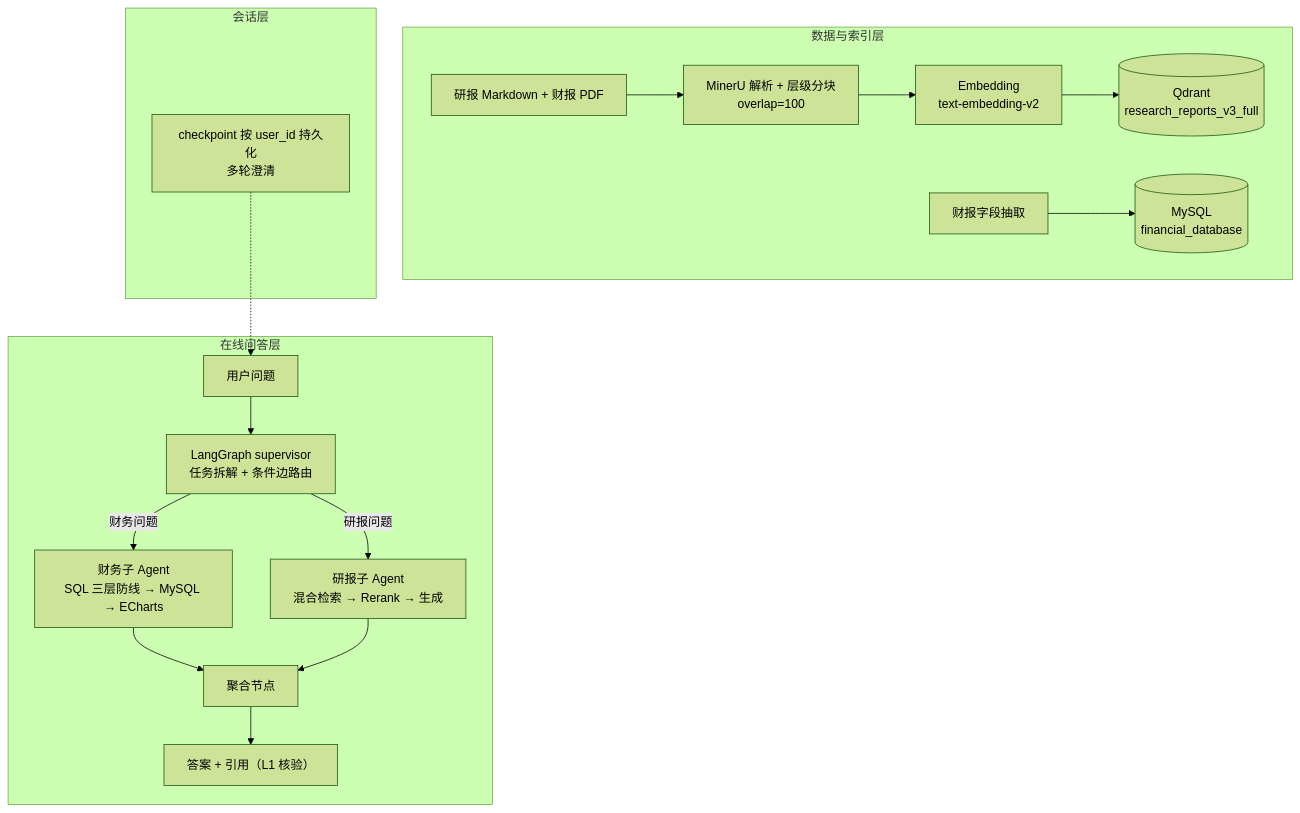
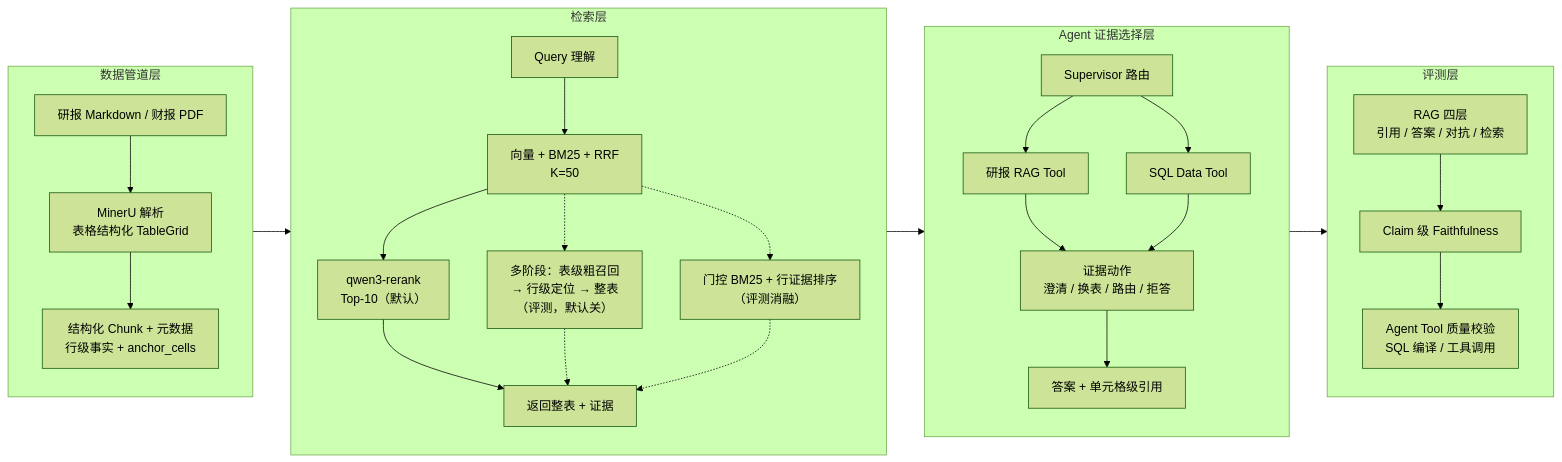
One commit to autumnieave/smart-financial-qa changed the diagram in README.md. Above: the diagram before and after it, drawn with Mermaid (forest theme). The commit also changed other lines of this file and 110 other files, not shown here.

````diff
--- a/README.md
+++ b/README.md
@@ -45,22 +23,32 @@
 ```mermaid
-flowchart TD
-    subgraph DATA["数据与索引层"]
-        A["研报 Markdown + 财报 PDF"] --> B["MinerU 解析 + 层级分块\noverlap=100"]
-        B --> C["Embedding\ntext-embedding-v2"]
-        C --> D[("Qdrant\nresearch_reports_v3_full")]
-        E["财报字段抽取"] --> F[("MySQL\nfinancial_database")]
+flowchart LR
+    subgraph D[数据管道层]
+        D1["研报 Markdown / 财报 PDF"] --> D2["MinerU 解析<br/>表格结构化 TableGrid"]
+        D2 --> D3["结构化 Chunk + 元数据<br/>行级事实 + anchor_cells"]
     end
 
-    subgraph ONLINE["在线问答层"]
-        Q["用户问题"] --> S["LangGraph supervisor\n任务拆解 + 条件边路由"]
-        S -->|"财务问题"| T1["财务子 Agent\nSQL 三层防线 → MySQL → ECharts"]
-        S -->|"研报问题"| T2["研报子 Agent\n混合检索 → Rerank → 生成"]
-        T1 --> AGG["聚合节点"]
-        T2 --> AGG
-        AGG --> R["答案 + 引用（L1 核验）"]
+    subgraph R[检索层]
+        R1["Query 理解"] --> R2["向量 + BM25 + RRF<br/>K=50"]
+        R2 --> R3["qwen3-rerank<br/>Top-10（默认）"]
+        R2 -.-> R3B["多阶段：表级粗召回<br/>→ 行级定位 → 整表<br/>（评测，默认关）"]
+        R2 -.-> R3C["门控 BM25 + 行证据排序<br/>（评测消融）"]
+        R3 --> R4["返回整表 + 证据"]
+        R3B -.-> R4
+        R3C -.-> R4
     end
 
-    subgraph MEM["会话层"]
-        M["checkpoint 按 user_id 持久化\n多轮澄清"] -.-> Q
+    subgraph A[Agent 证据选择层]
+        A1["Supervisor 路由"] --> A2["研报 RAG Tool"]
+        A1 --> A3["SQL Data Tool"]
+        A2 --> A4["证据动作<br/>澄清 / 换表 / 路由 / 拒答"]
+        A3 --> A4
+        A4 --> A5["答案 + 单元格级引用"]
     end
+
+    subgraph E[评测层]
+        E1["RAG 四层<br/>引用 / 答案 / 对抗 / 检索"] --> E2["Claim 级 Faithfulness"]
+        E2 --> E3["Agent Tool 质量校验<br/>SQL 编译 / 工具调用"]
+    end
+
+    D --> R --> A --> E
 ```
````
